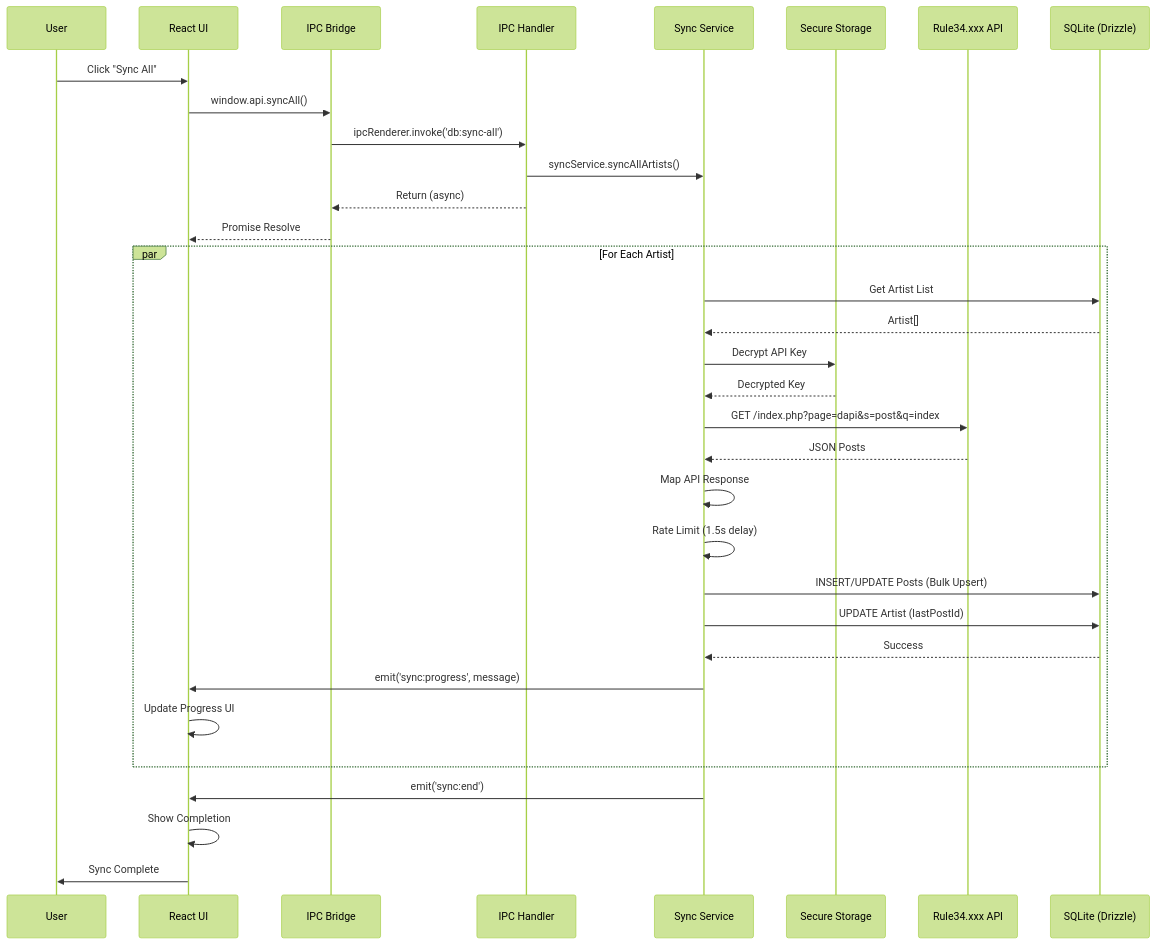
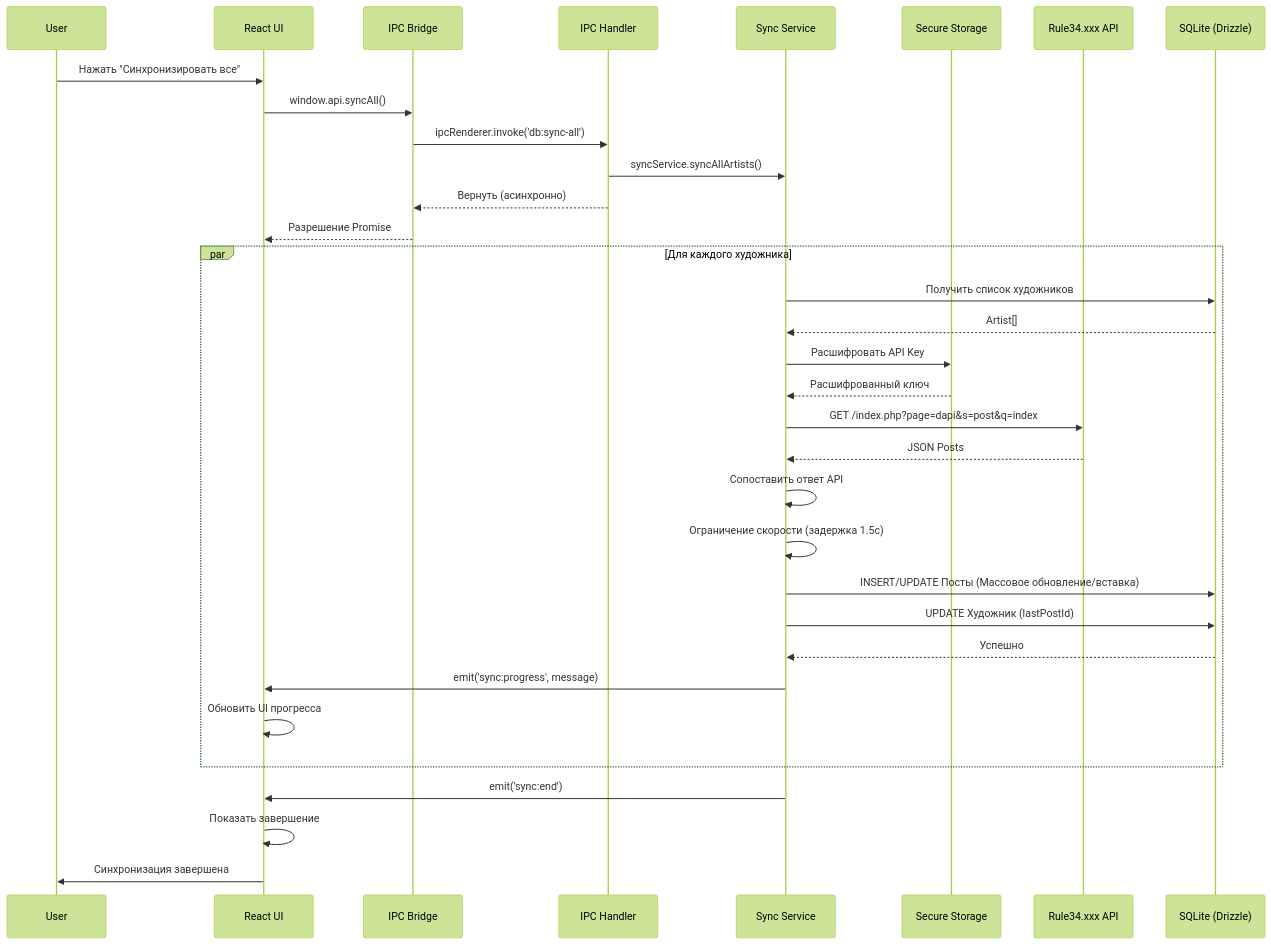
The ninth of 11 diagrams in .docs-i18n/ru/docs/architecture.md (KazeKaze93/RuleDesk), drawn with Mermaid (forest theme) before and after one commit. The commit also changed other lines of this file and 10 other files, not shown here.

````diff
--- a/.docs-i18n/ru/docs/architecture.md
+++ b/.docs-i18n/ru/docs/architecture.md
@@ -1010,43 +1032,43 @@
 ```mermaid
 sequenceDiagram
     participant User
     participant ReactUI as React UI
     participant Bridge as IPC Bridge
     participant IPC as IPC Handler
     participant SyncService as Sync Service
     participant SecureStorage as Secure Storage
     participant Rule34API as Rule34.xxx API
     participant DB as SQLite (Drizzle)
 
-    User->>ReactUI: Click "Sync All"
+    User->>ReactUI: Нажать "Синхронизировать все"
     ReactUI->>Bridge: window.api.syncAll()
     Bridge->>IPC: ipcRenderer.invoke('db:sync-all')
     IPC->>SyncService: syncService.syncAllArtists()
-    IPC-->>Bridge: Return (async)
-    Bridge-->>ReactUI: Promise Resolve
+    IPC-->>Bridge: Вернуть (асинхронно)
+    Bridge-->>ReactUI: Разрешение Promise
 
-    par For Each Artist
-        SyncService->>DB: Get Artist List
+    par Для каждого художника
+        SyncService->>DB: Получить список художников
         DB-->>SyncService: Artist[]
 
-        SyncService->>SecureStorage: Decrypt API Key
-        SecureStorage-->>SyncService: Decrypted Key
+        SyncService->>SecureStorage: Расшифровать API Key
+        SecureStorage-->>SyncService: Расшифрованный ключ
 
         SyncService->>Rule34API: GET /index.php?page=dapi&s=post&q=index
         Rule34API-->>SyncService: JSON Posts
 
-        SyncService->>SyncService: Map API Response
-        SyncService->>SyncService: Rate Limit (1.5s delay)
+        SyncService->>SyncService: Сопоставить ответ API
+        SyncService->>SyncService: Ограничение скорости (задержка 1.5с)
 
-        SyncService->>DB: INSERT/UPDATE Posts (Bulk Upsert)
-        SyncService->>DB: UPDATE Artist (lastPostId)
-        DB-->>SyncService: Success
+        SyncService->>DB: INSERT/UPDATE Посты (Массовое обновление/вставка)
+        SyncService->>DB: UPDATE Художник (lastPostId)
+        DB-->>SyncService: Успешно
 
         SyncService->>ReactUI: emit('sync:progress', message)
-        ReactUI->>ReactUI: Update Progress UI
+        ReactUI->>ReactUI: Обновить UI прогресса
     end
 
     SyncService->>ReactUI: emit('sync:end')
-    ReactUI->>ReactUI: Show Completion
-    ReactUI->>User: Sync Complete
+    ReactUI->>ReactUI: Показать завершение
+    ReactUI->>User: Синхронизация завершена
 ```
````
